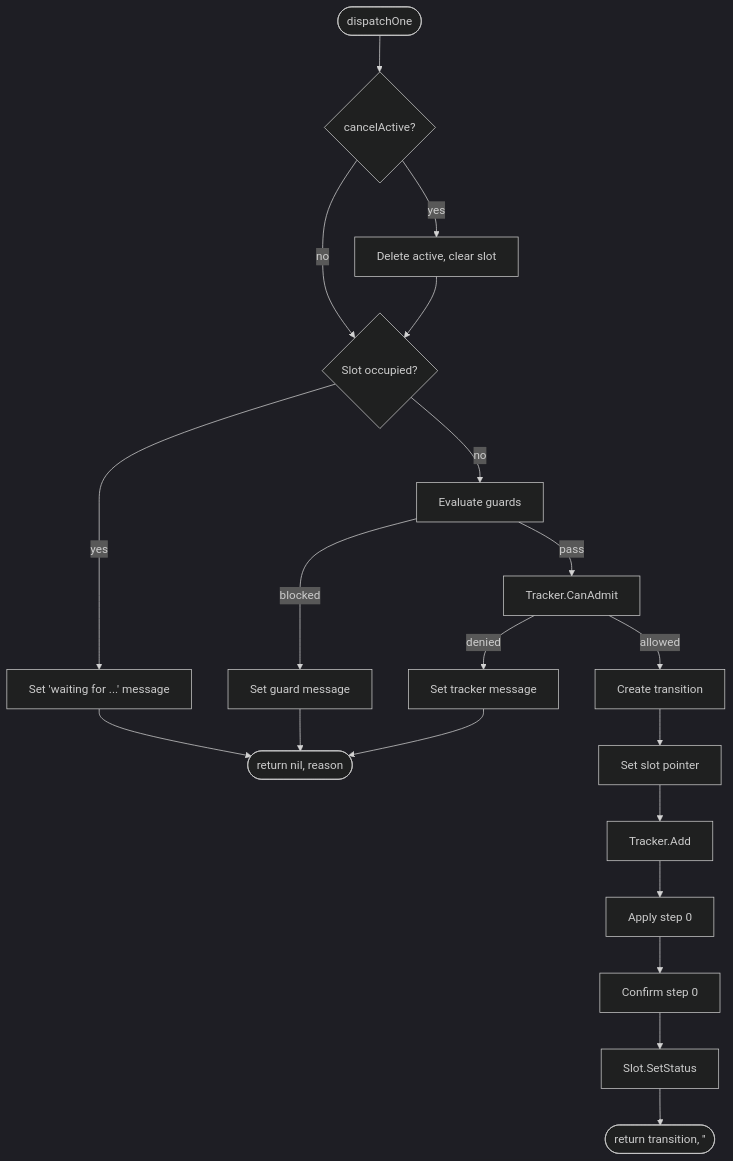
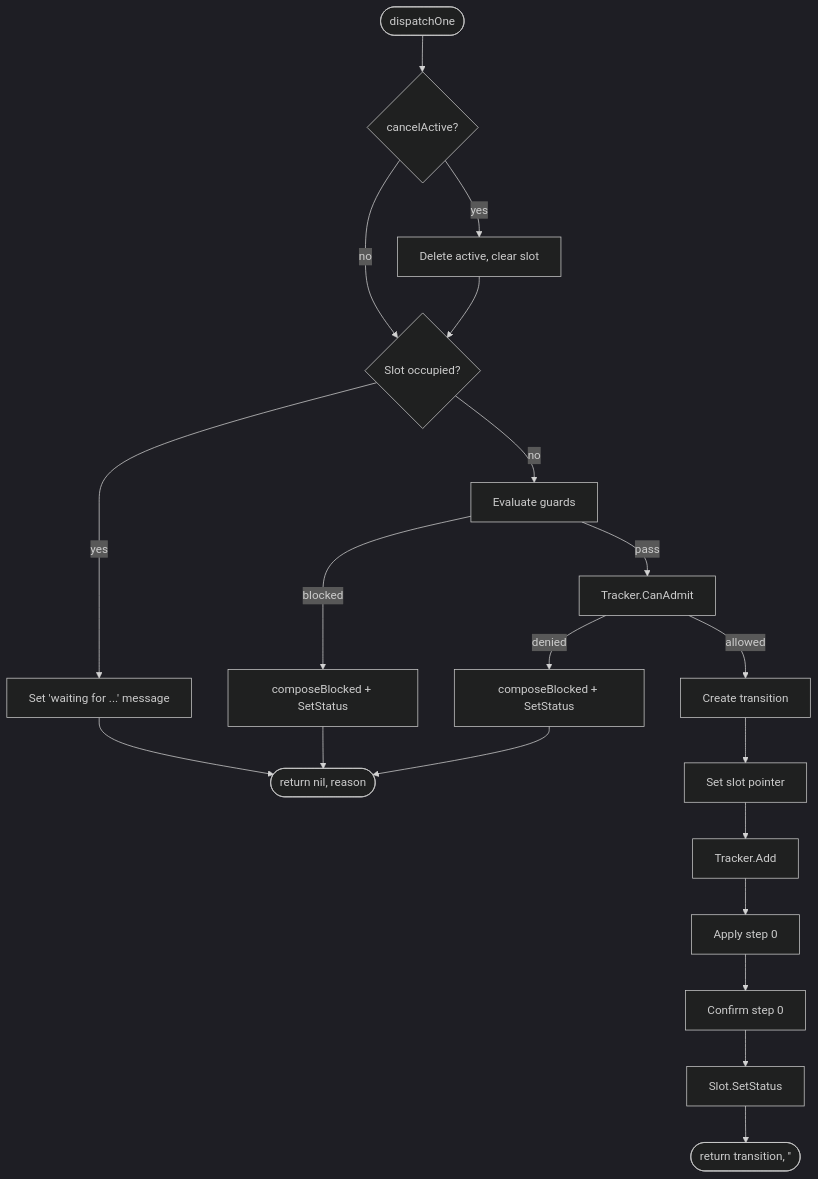
The second of 3 diagrams in images/controller/internal/controllers/rv_controller/dmte/README.md (deckhouse/sds-replicated-volume), drawn with Mermaid (dark theme) before and after one commit. The commit also changed other lines of this file and 39 other files, not shown here.

````diff
--- a/images/controller/internal/controllers/rv_controller/dmte/README.md
+++ b/images/controller/internal/controllers/rv_controller/dmte/README.md
@@ -216,27 +217,27 @@
 ```mermaid
 flowchart TD
     D([dispatchOne]) --> Cancel{cancelActive?}
     Cancel -->|yes| ClearSlot[Delete active, clear slot]
     Cancel -->|no| Conflict
     ClearSlot --> Conflict
 
     Conflict{Slot occupied?}
     Conflict -->|yes| BlockedMsg["Set 'waiting for ...' message"]
     BlockedMsg --> Blocked([return nil, reason])
 
     Conflict -->|no| Guards[Evaluate guards]
-    Guards -->|blocked| GuardMsg[Set guard message]
+    Guards -->|blocked| GuardMsg["composeBlocked + SetStatus"]
     GuardMsg --> Blocked
 
     Guards -->|pass| Tracker[Tracker.CanAdmit]
-    Tracker -->|denied| TrackerMsg[Set tracker message]
+    Tracker -->|denied| TrackerMsg["composeBlocked + SetStatus"]
     TrackerMsg --> Blocked
 
     Tracker -->|allowed| Create[Create transition]
     Create --> SetSlot[Set slot pointer]
     SetSlot --> TrackerAdd[Tracker.Add]
     TrackerAdd --> Apply["Apply step 0"]
     Apply --> Confirm["Confirm step 0"]
     Confirm --> Status["Slot.SetStatus"]
     Status --> Success(["return transition, ''"])
 ```
````
